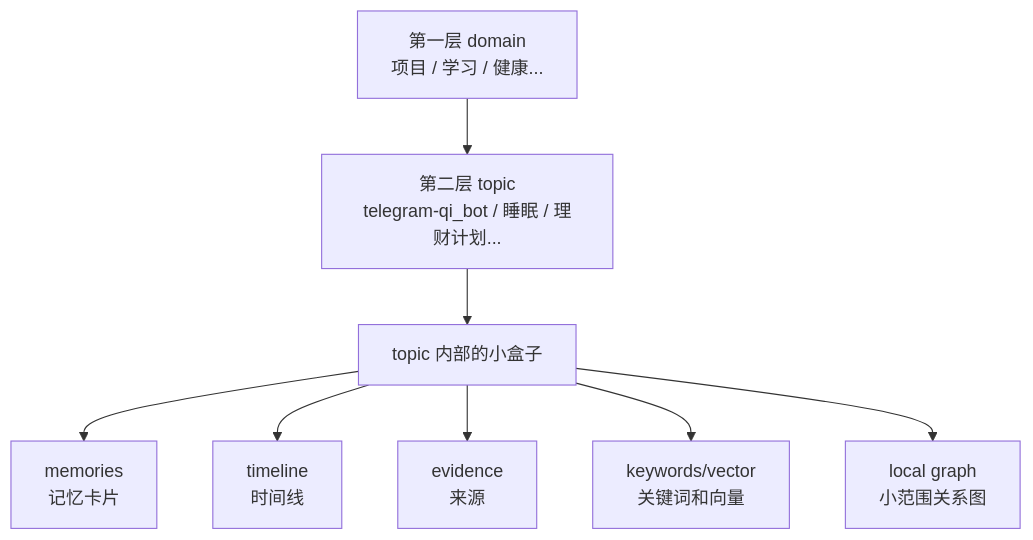
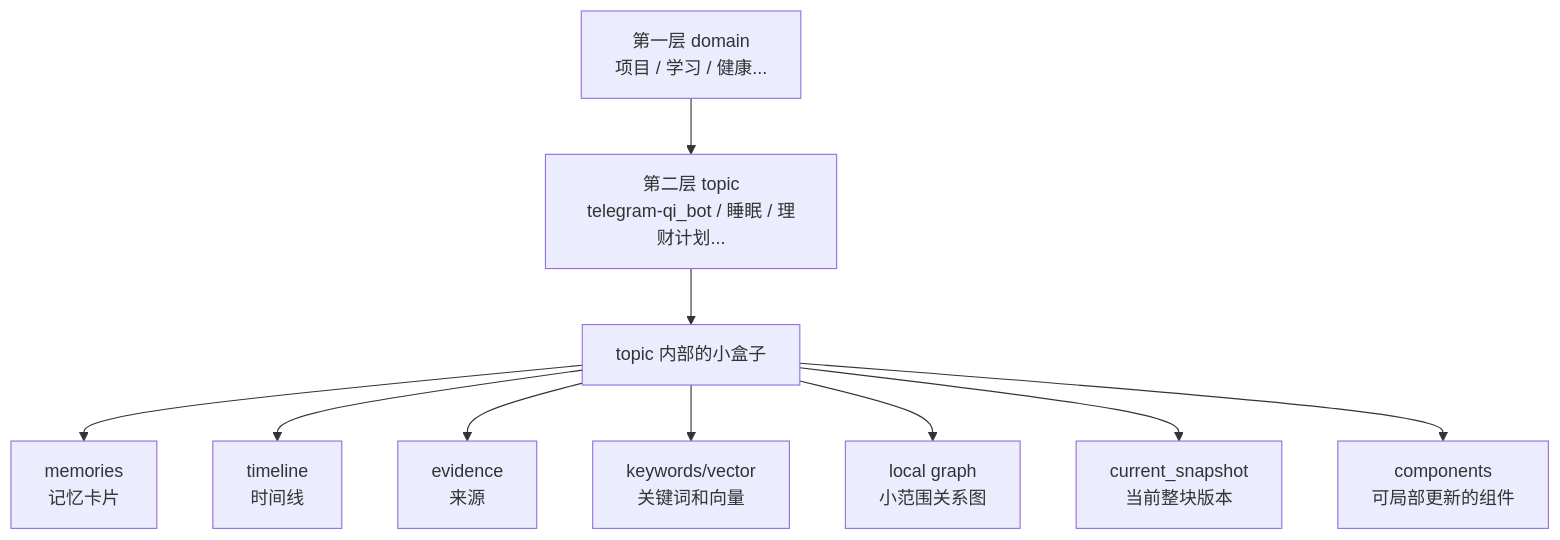
One commit to piup9911-crypto/telegram-qi_bot changed the fourth of 6 diagrams in plan.md. Above: the diagram before and after it, drawn with Mermaid. The commit also changed other lines of this file, not shown here.

````diff
--- a/plan.md
+++ b/plan.md
@@ -132,11 +118,13 @@
 ```mermaid
 flowchart TD
   D["第一层 domain<br/>项目 / 学习 / 健康..."] --> T["第二层 topic<br/>telegram-qi_bot / 睡眠 / 理财计划..."]
   T --> B["topic 内部的小盒子"]
 
   B --> M["memories<br/>记忆卡片"]
   B --> TL["timeline<br/>时间线"]
   B --> E["evidence<br/>来源"]
   B --> K["keywords/vector<br/>关键词和向量"]
   B --> G["local graph<br/>小范围关系图"]
+  B --> S["current_snapshot<br/>当前整块版本"]
+  B --> C["components<br/>可局部更新的组件"]
 ```
````
